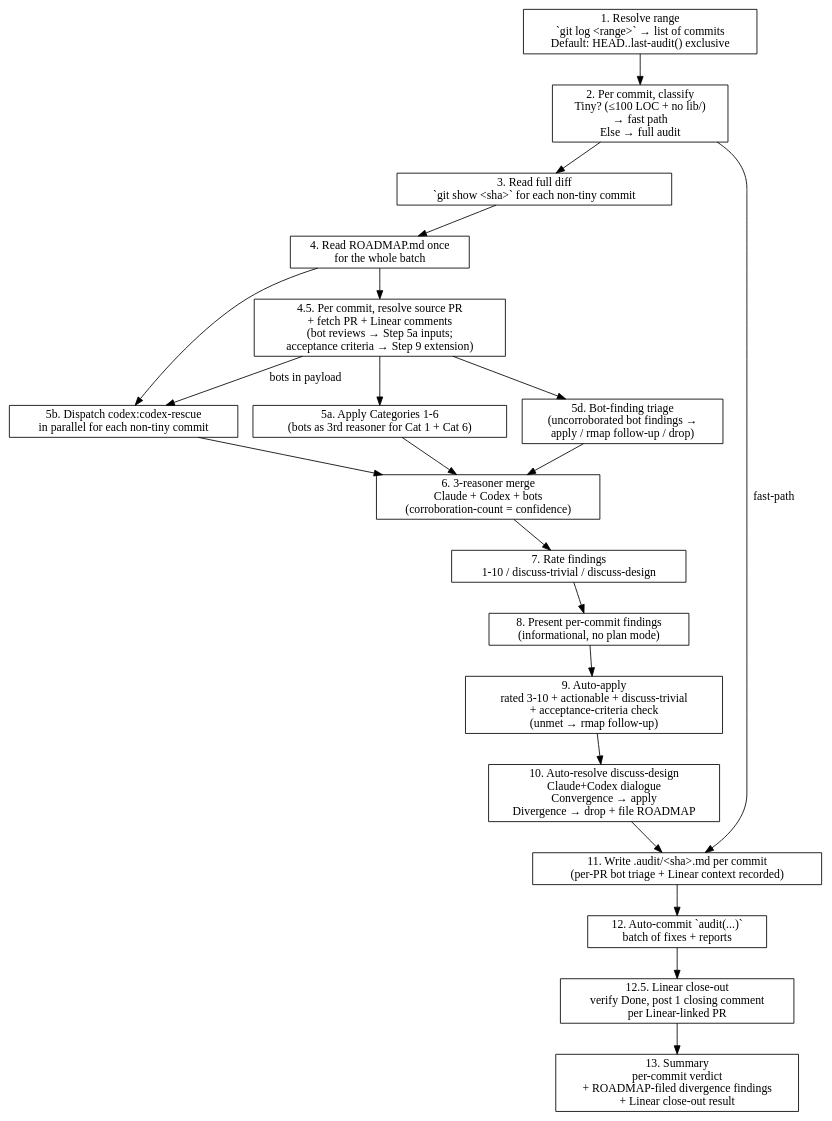
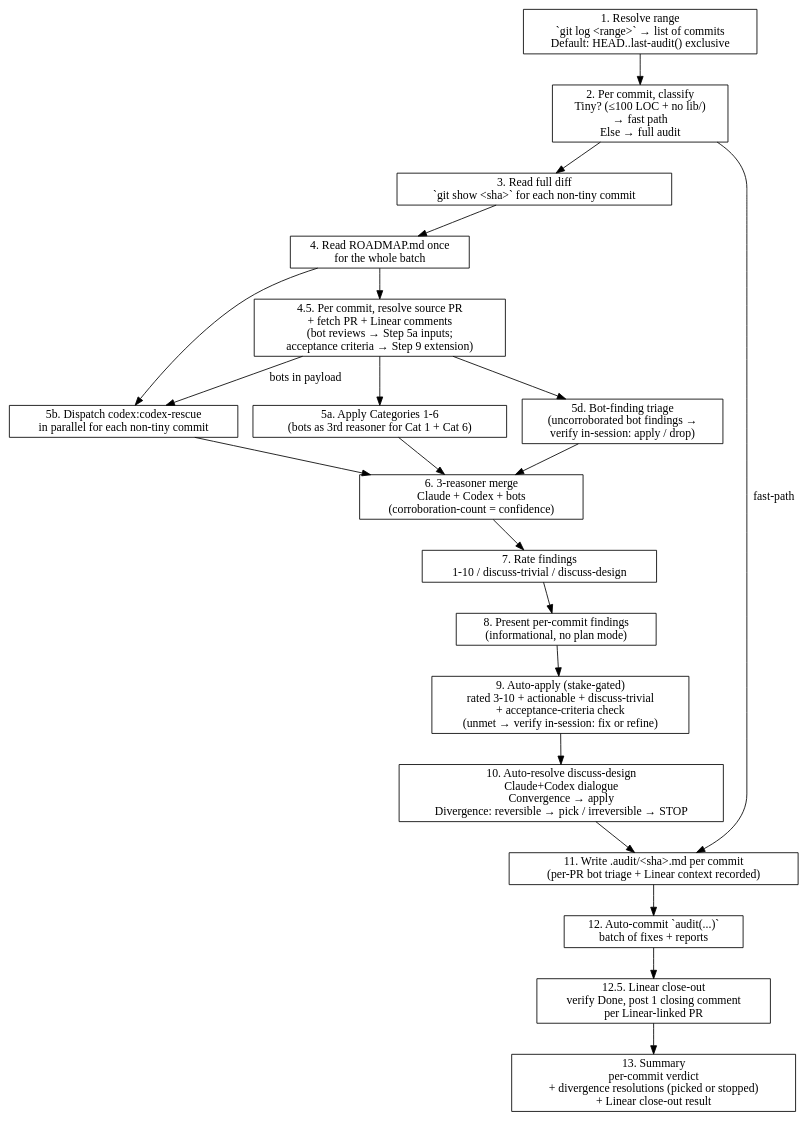
Before and after one commit to ZenHive/claude-marketplace-elixir: the diagram in plugins/staged-review/skills/audit-review/SKILL.md, drawn with Graphviz. The commit also changed other lines of this file, not shown here.

Commit message:
audit-review: in-session fix posture + stake-gated grading ladder

````diff
--- a/plugins/staged-review/skills/audit-review/SKILL.md
+++ b/plugins/staged-review/skills/audit-review/SKILL.md
@@ -66,32 +66,32 @@
 ```dot
 digraph audit_review {
   rankdir=TB;
   node [shape=box];
 
   resolve   [label="1. Resolve range\n`git log <range>` → list of commits\nDefault: HEAD..last-audit() exclusive"];
   classify  [label="2. Per commit, classify\nTiny? (≤100 LOC + no lib/)\n→ fast path\nElse → full audit"];
   diff      [label="3. Read full diff\n`git show <sha>` for each non-tiny commit"];
   roadmap   [label="4. Read ROADMAP.md once\nfor the whole batch"];
   pr_ctx    [label="4.5. Per commit, resolve source PR\n+ fetch PR + Linear comments\n(bot reviews → Step 5a inputs;\nacceptance criteria → Step 9 extension)"];
   cats      [label="5a. Apply Categories 1-6\n(bots as 3rd reasoner for Cat 1 + Cat 6)"];
   codex     [label="5b. Dispatch codex:codex-rescue\nin parallel for each non-tiny commit"];
-  triage    [label="5d. Bot-finding triage\n(uncorroborated bot findings →\napply / rmap follow-up / drop)"];
+  triage    [label="5d. Bot-finding triage\n(uncorroborated bot findings →\nverify in-session: apply / drop)"];
   merge     [label="6. 3-reasoner merge\nClaude + Codex + bots\n(corroboration-count = confidence)"];
   rate      [label="7. Rate findings\n1-10 / discuss-trivial / discuss-design"];
   table     [label="8. Present per-commit findings\n(informational, no plan mode)"];
-  apply     [label="9. Auto-apply\nrated 3-10 + actionable + discuss-trivial\n+ acceptance-criteria check\n(unmet → rmap follow-up)"];
-  dialogue  [label="10. Auto-resolve discuss-design\nClaude+Codex dialogue\nConvergence → apply\nDivergence → drop + file ROADMAP"];
+  apply     [label="9. Auto-apply (stake-gated)\nrated 3-10 + actionable + discuss-trivial\n+ acceptance-criteria check\n(unmet → verify in-session: fix or refine)"];
+  dialogue  [label="10. Auto-resolve discuss-design\nClaude+Codex dialogue\nConvergence → apply\nDivergence: reversible → pick / irreversible → STOP"];
   report    [label="11. Write .audit/<sha>.md per commit\n(per-PR bot triage + Linear context recorded)"];
   commit    [label="12. Auto-commit `audit(...)`\nbatch of fixes + reports"];
   closeout  [label="12.5. Linear close-out\nverify Done, post 1 closing comment\nper Linear-linked PR"];
-  summary   [label="13. Summary\nper-commit verdict\n+ ROADMAP-filed divergence findings\n+ Linear close-out result"];
+  summary   [label="13. Summary\nper-commit verdict\n+ divergence resolutions (picked or stopped)\n+ Linear close-out result"];
 
   resolve -> classify -> diff -> roadmap -> pr_ctx -> cats -> merge;
   roadmap -> codex -> merge;
   pr_ctx -> codex [label="bots in payload"];
   pr_ctx -> triage;
   triage -> merge;
   classify -> report [label="fast-path"];
   merge -> rate -> table -> apply -> dialogue -> report -> commit -> closeout -> summary;
 }
 ```
````
